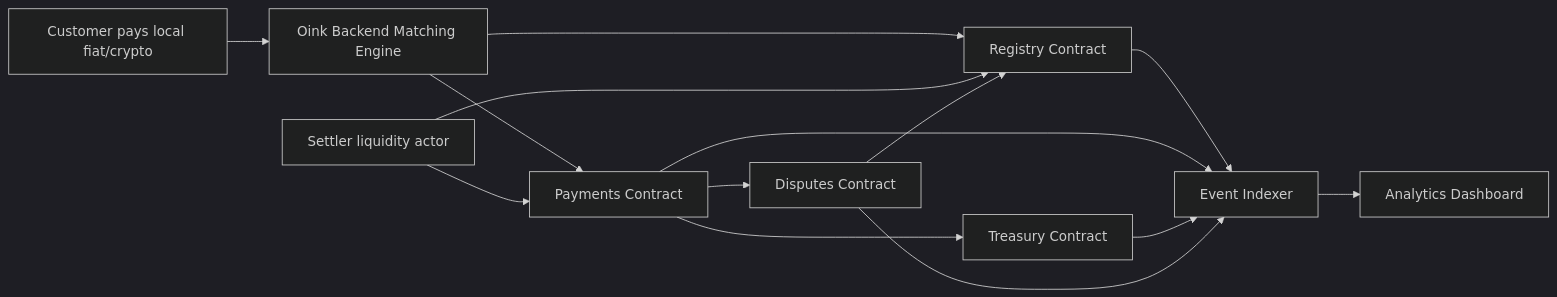
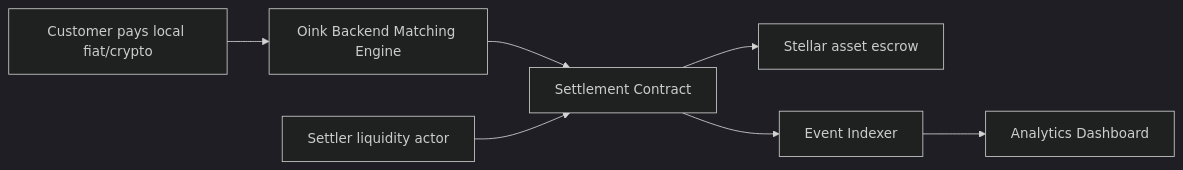
One commit to oynk-io/settlement-aggregator-protocol changed the first of 2 diagrams in docs/architecture.md. Above: the diagram before and after it, drawn with Mermaid (dark theme). The commit also changed other lines of this file and 14 other files, not shown here.

````diff
--- a/docs/architecture.md
+++ b/docs/architecture.md
@@ -3,16 +3,9 @@
 ```mermaid
 flowchart LR
   Customer[Customer pays local fiat/crypto] --> Backend[Oink Backend Matching Engine]
-  Backend --> Registry[Registry Contract]
-  Backend --> Payments[Payments Contract]
-  Settler[Settler liquidity actor] --> Registry
-  Settler --> Payments
-  Payments --> Treasury[Treasury Contract]
-  Payments --> Disputes[Disputes Contract]
-  Disputes --> Registry
+  Backend --> Settlement[Settlement Contract]
+  Settler[Settler liquidity actor] --> Settlement
+  Settlement --> Escrow[Stellar asset escrow]
   Indexer[Event Indexer] --> Dashboard[Analytics Dashboard]
-  Registry --> Indexer
-  Payments --> Indexer
-  Treasury --> Indexer
-  Disputes --> Indexer
+  Settlement --> Indexer
 ```
````
